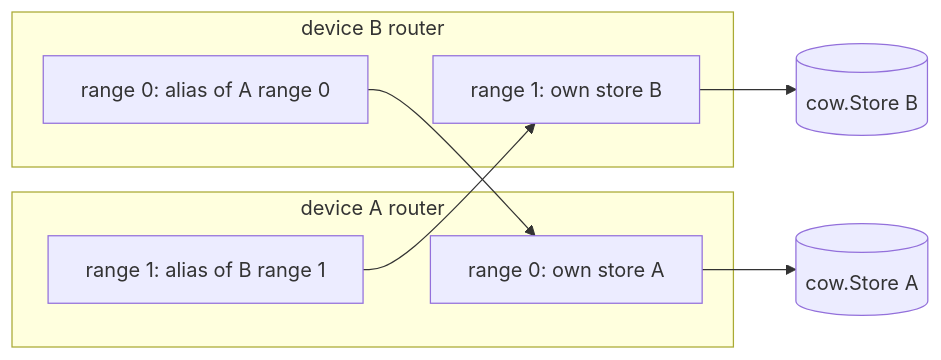
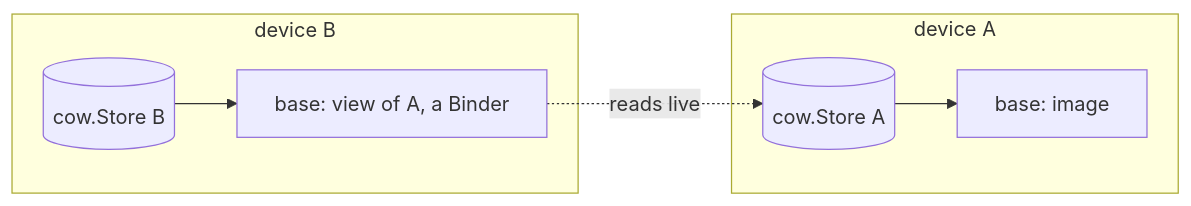
Before and after one commit to binwiederhier/blkmap: the eighth of 8 diagrams in docs/architecture.md, drawn with Mermaid. The commit also changed other lines of this file and 31 other files, not shown here.

````diff
--- a/docs/architecture.md
+++ b/docs/architecture.md
@@ -419,15 +419,10 @@
 ```mermaid
 flowchart LR
-  subgraph A[device A router]
-    a0[range 0: own store A]
-    a1[range 1: alias of B range 1]
+  subgraph B[device B]
+    SB[(cow.Store B)] --> VB[base: view of A, a Binder]
   end
-  subgraph B[device B router]
-    b0[range 0: alias of A range 0]
-    b1[range 1: own store B]
+  subgraph A[device A]
+    SA[(cow.Store A)] --> BA[base: image]
   end
-  b0 --> a0
-  a1 --> b1
-  a0 --> SA[(cow.Store A)]
-  b1 --> SB[(cow.Store B)]
+  VB -. reads live .-> SA
 ```
````
